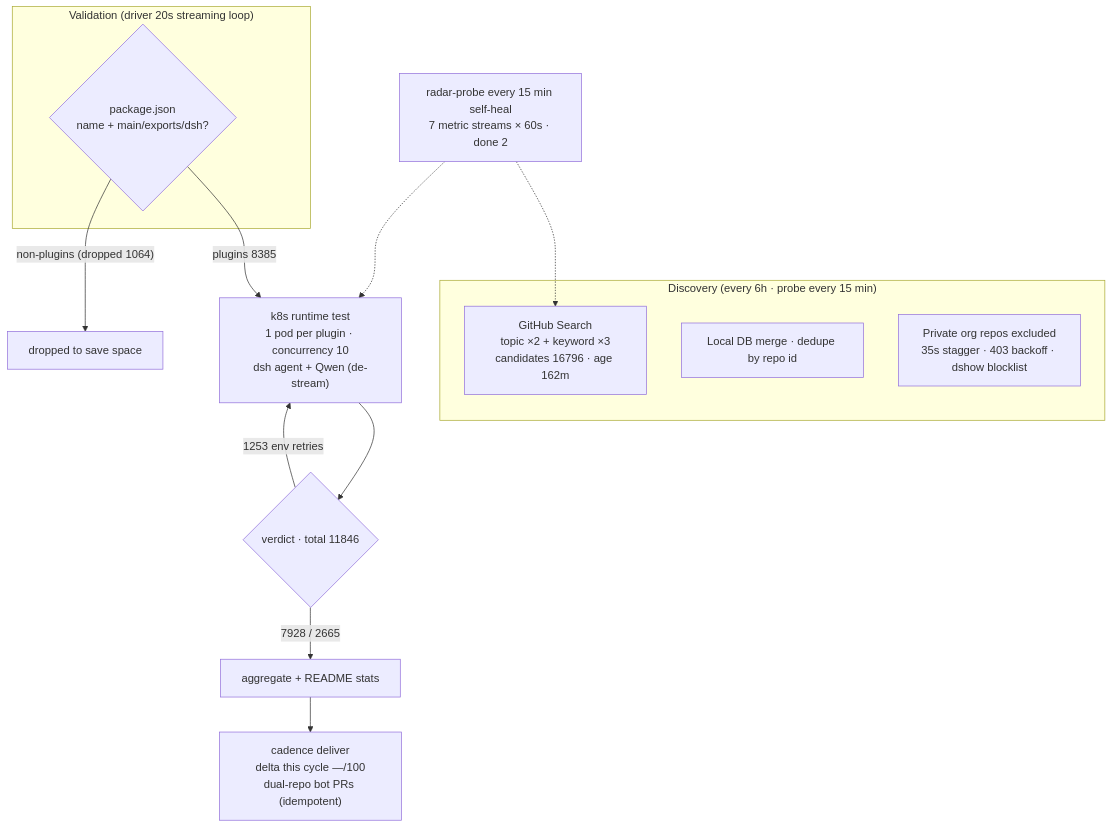
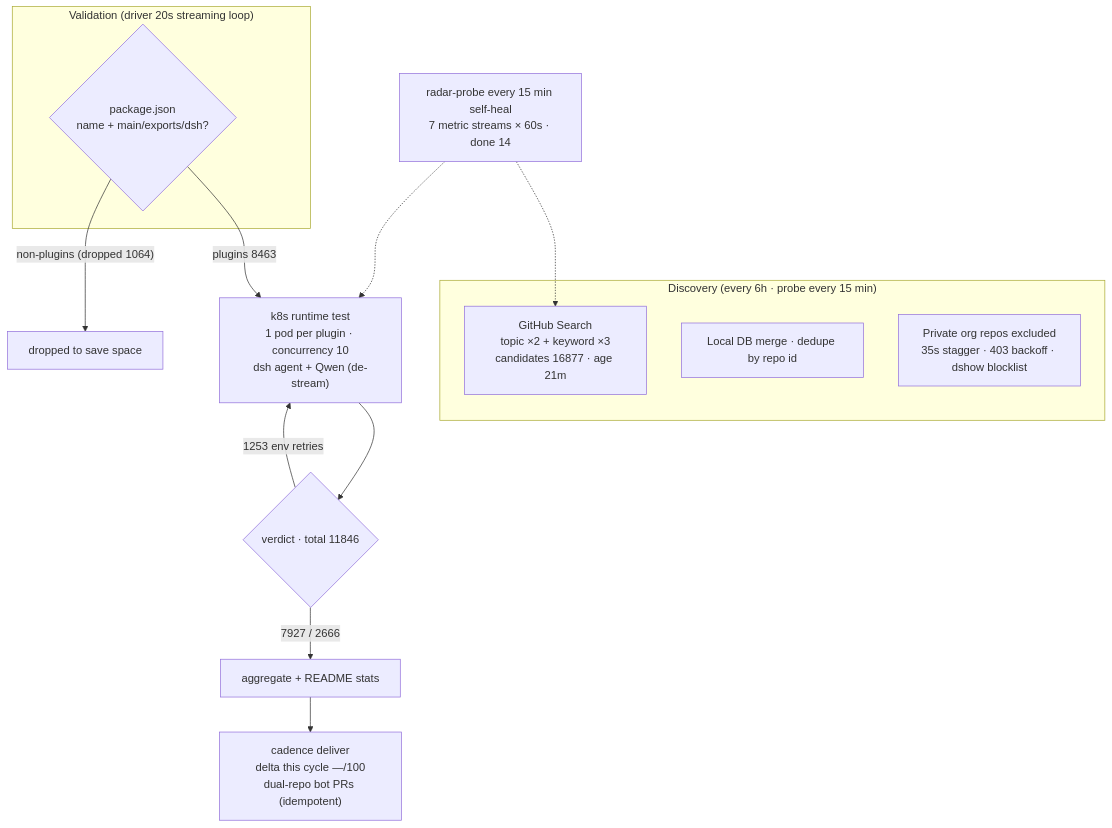
One commit to AdamPlatin123/awesome-dsh-plugins changed the diagram in README.en-US.md. Above: the diagram before and after it, drawn with Mermaid. The commit also changed other lines of this file and 5 other files, not shown here.

````diff
--- a/README.en-US.md
+++ b/README.en-US.md
@@ -45,20 +45,20 @@
 ```mermaid
 flowchart TB
     subgraph Discovery["Discovery (every 6h · probe every 15 min)"]
-        A1["GitHub Search<br/>topic ×2 + keyword ×3<br/>candidates 16796 · age 162m"]
+        A1["GitHub Search<br/>topic ×2 + keyword ×3<br/>candidates 16877 · age 21m"]
         A2["Local DB merge · dedupe by repo id"]
         A3["Private org repos excluded<br/>35s stagger · 403 backoff · dshow blocklist"]
     end
     subgraph Validation["Validation (driver 20s streaming loop)"]
         B1{"package.json<br/>name + main/exports/dsh?"}
     end
-    B1 -->|"plugins 8385"| C1["k8s runtime test<br/>1 pod per plugin · concurrency 10<br/>dsh agent + Qwen (de-stream)"]
+    B1 -->|"plugins 8463"| C1["k8s runtime test<br/>1 pod per plugin · concurrency 10<br/>dsh agent + Qwen (de-stream)"]
     B1 -->|"non-plugins (dropped 1064)"| B3["dropped to save space"]
     C1 --> D1{"verdict · total 11846"}
-    D1 -->|"7928 / 2665"| E1["aggregate + README stats"]
+    D1 -->|"7927 / 2666"| E1["aggregate + README stats"]
     D1 -->|"1253 env retries"| C1
     E1 --> E2["cadence deliver<br/>delta this cycle —/100<br/>dual-repo bot PRs (idempotent)"]
-    M["radar-probe every 15 min self-heal<br/>7 metric streams × 60s · done 2"]
+    M["radar-probe every 15 min self-heal<br/>7 metric streams × 60s · done 14"]
     M -.-> A1
     M -.-> C1
 ```
````
